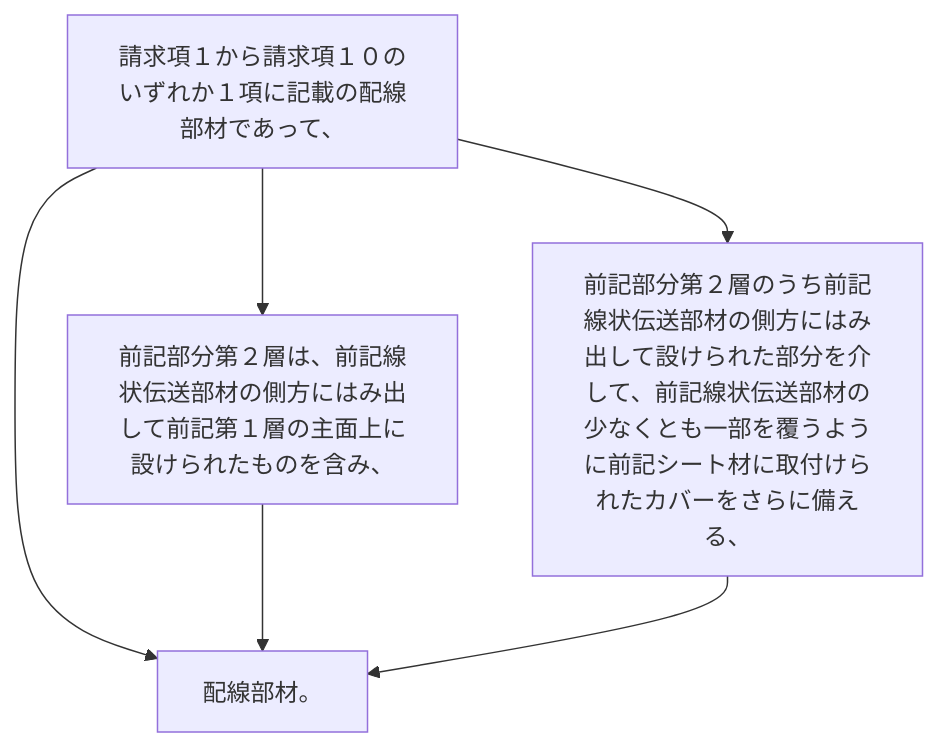
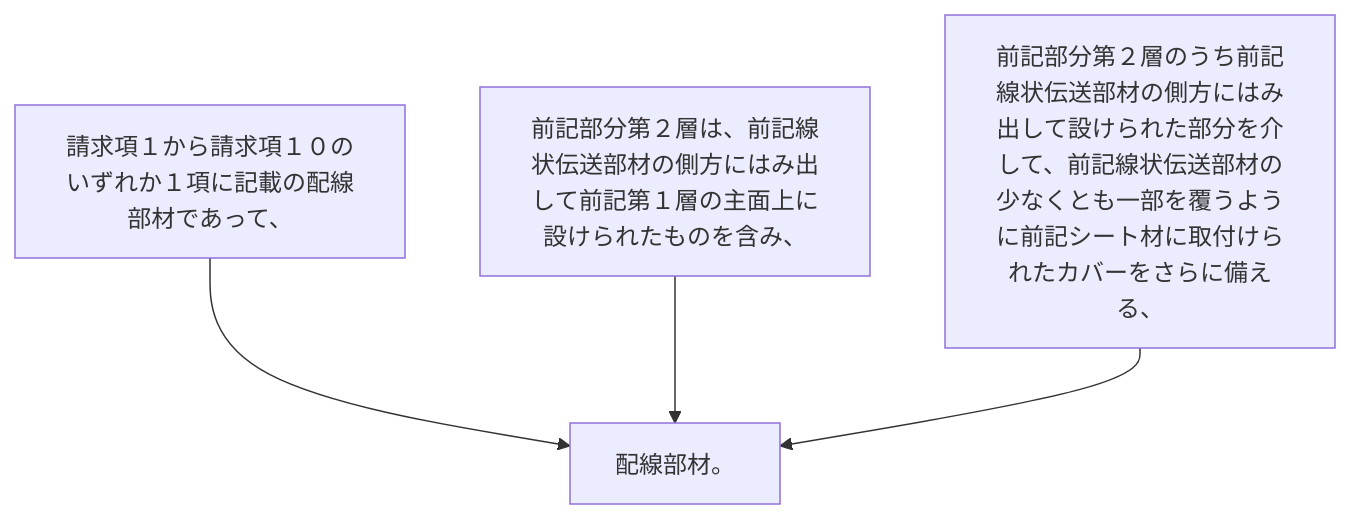
Before and after one commit to shinmori55/patent_analyzed: the diagram in 2024/JP2024001238A/claim_11/claim_11_graph.md, drawn with Mermaid. The commit also changed 3332 other files, not shown here.

````diff
--- a/2024/JP2024001238A/claim_11/claim_11_graph.md
+++ b/2024/JP2024001238A/claim_11/claim_11_graph.md
@@ -1,12 +1,10 @@
 ```mermaid
 flowchart TD
 A[請求項１から請求項１０のいずれか１項に記載の配線部材であって、]
 B[前記部分第２層は、前記線状伝送部材の側方にはみ出して前記第１層の主面上に設けられたものを含み、]
 C[前記部分第２層のうち前記線状伝送部材の側方にはみ出して設けられた部分を介して、前記線状伝送部材の少なくとも一部を覆うように前記シート材に取付けられたカバーをさらに備える、]
 D[配線部材。]
-A --> B
-A --> C
 A --> D
 B --> D
 C --> D
 ```
````
